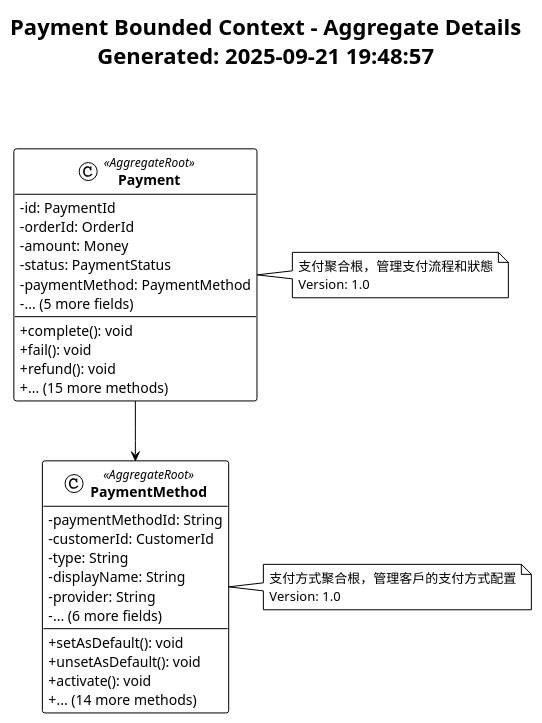
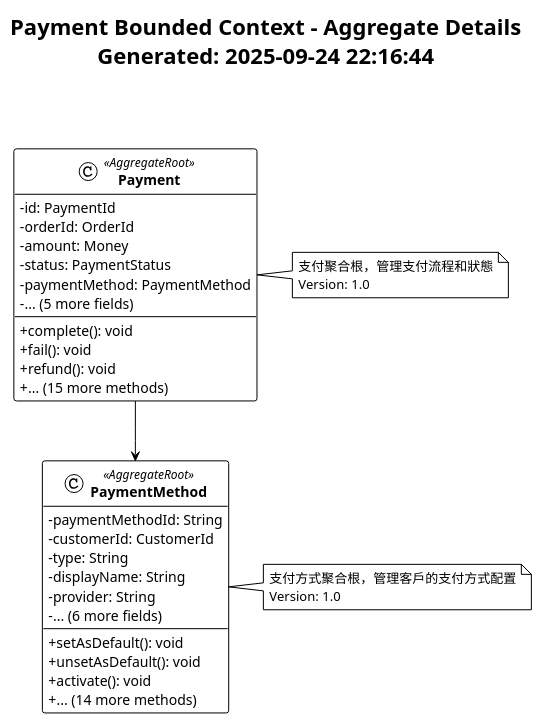
The diagram in docs/diagrams/viewpoints/functional/payment-aggregate-details.puml (humank/genai-demo), drawn with PlantUML before and after one commit. The commit also changed 654 other files, not shown here.

```diff
--- a/docs/diagrams/viewpoints/functional/payment-aggregate-details.puml
+++ b/docs/diagrams/viewpoints/functional/payment-aggregate-details.puml
@@ -1,50 +1,50 @@
 @startuml Payment Aggregate Details
 !theme plain
 skinparam classAttributeIconSize 0
 skinparam classFontStyle bold
 
-title Payment Bounded Context - Aggregate Details\nGenerated: 2025-09-21 19:48:57\n\n
+title Payment Bounded Context - Aggregate Details\nGenerated: 2025-09-24 22:16:44\n\n
 
 class Payment <<AggregateRoot>> {
   -id: PaymentId
   -orderId: OrderId
   -amount: Money
   -status: PaymentStatus
   -paymentMethod: PaymentMethod
   -... (5 more fields)
   --
   +complete(): void
   +fail(): void
   +refund(): void
   +... (15 more methods)
 }
 
 note right of Payment
   支付聚合根，管理支付流程和狀態
   Version: 1.0
 end note
 
 class PaymentMethod <<AggregateRoot>> {
   -paymentMethodId: String
   -customerId: CustomerId
   -type: String
   -displayName: String
   -provider: String
   -... (6 more fields)
   --
   +setAsDefault(): void
   +unsetAsDefault(): void
   +activate(): void
   +... (14 more methods)
 }
 
 note right of PaymentMethod
   支付方式聚合根，管理客戶的支付方式配置
   Version: 1.0
 end note
 
 
 ' Relationships
 Payment --> PaymentMethod
 
 @enduml
```
